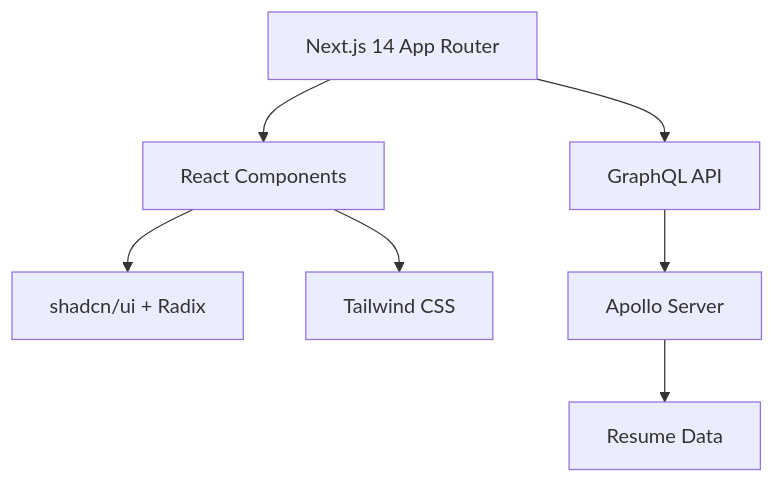
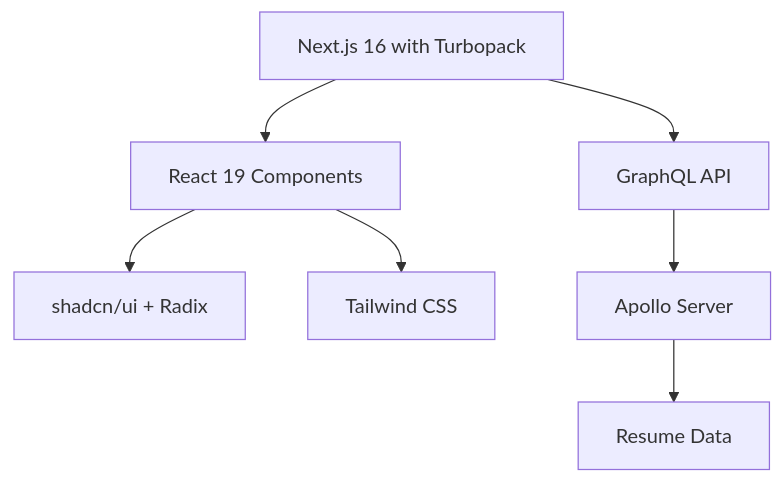
The diagram in README.md (andrenevesgomes/cv), drawn with Mermaid before and after one commit. The commit also changed other lines of this file and 6 other files, not shown here.

````diff
--- a/README.md
+++ b/README.md
@@ -50,9 +52,9 @@
 ```mermaid
 graph TD
-    A[Next.js 14 App Router] --> B[React Components]
+    A[Next.js 16 with Turbopack] --> B[React 19 Components]
     A --> C[GraphQL API]
     B --> D[shadcn/ui + Radix]
     B --> E[Tailwind CSS]
     C --> F[Apollo Server]
     F --> G[Resume Data]
 ```
````
